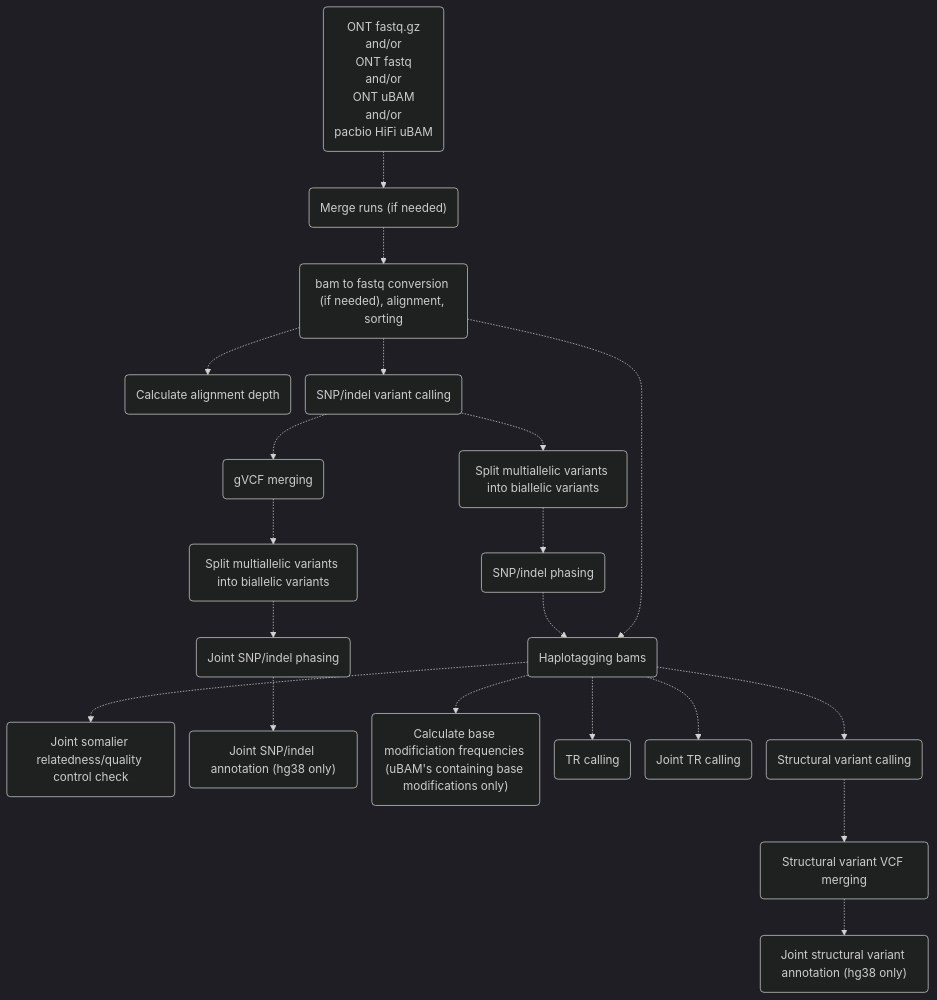
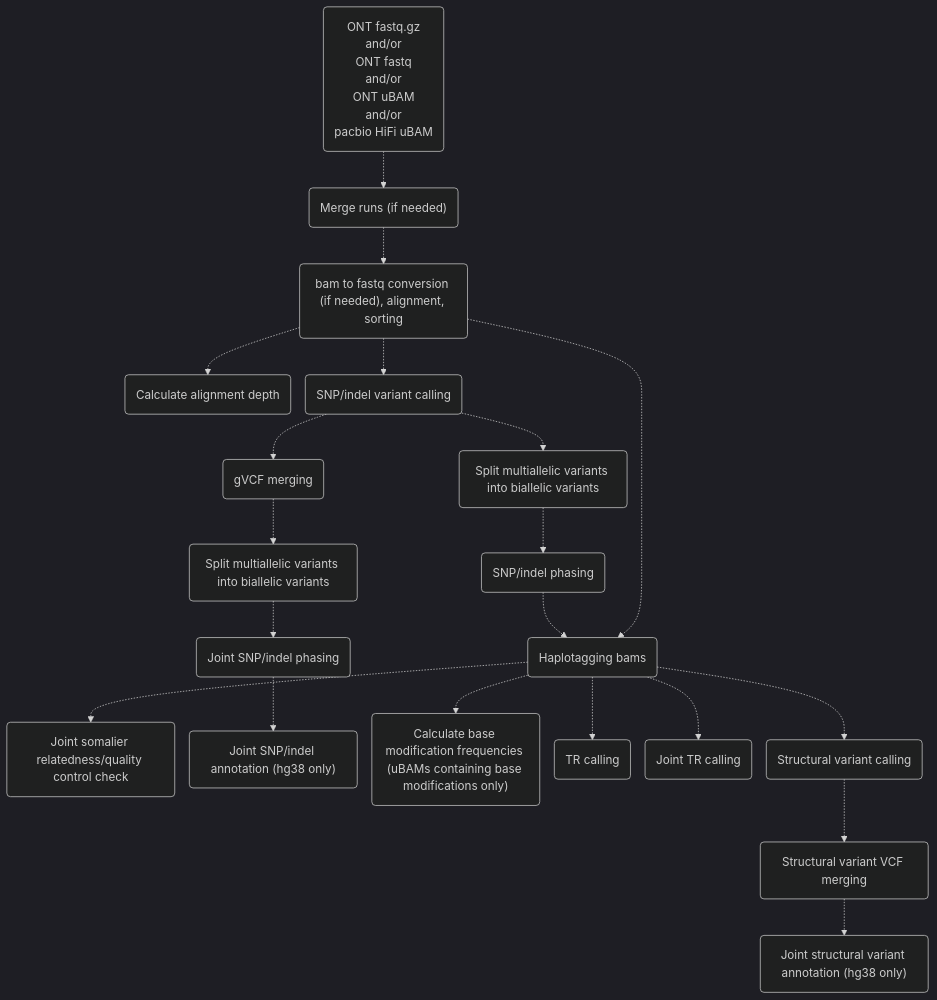
One commit to leahkemp/pipeface changed the second of 3 diagrams in docs/pipeface/info.md. Above: the diagram before and after it, drawn with Mermaid. The commit also changed other lines of this file and 16 other files, not shown here.

````diff
--- a/docs/pipeface/info.md
+++ b/docs/pipeface/info.md
@@ -37,35 +39,35 @@
 ```mermaid
 %%{init:{'theme':'dark','themeVariables':{'fontSize':'11'},'flowchart':{'nodeSpacing':20}}}%%
 flowchart TB
 
 input_data("ONT fastq.gz <br> and/or <br> ONT fastq <br> and/or <br> ONT uBAM <br> and/or <br> pacbio HiFi uBAM")
 merging("Merge runs (if needed)")
 alignment("bam to fastq conversion (if needed), alignment, sorting")
 depth("Calculate alignment depth")
 snp_indel_calling("SNP/indel variant calling")
 split_multiallele("Split multiallelic variants into biallelic variants")
 snp_indel_phasing("SNP/indel phasing")
 joint_somalier("Joint somalier relatedness/quality control check")
 gvcf_merging("gVCF merging")
 joint_split_multiallele("Split multiallelic variants into biallelic variants")
 joint_snp_indel_phasing("Joint SNP/indel phasing")
 joint_snp_indel_annotation("Joint SNP/indel annotation (hg38 only)")
 haplotagging("Haplotagging bams")
-calculate_base_mod_freqs("Calculate base modificiation frequencies (uBAM's containing base modifications only)")
+calculate_base_mod_freqs("Calculate base modification frequencies (uBAMs containing base modifications only)")
 tr_calling("TR calling")
 joint_tr_calling("Joint TR calling")
 sv_calling("Structural variant calling")
 sv_vcf_merging("Structural variant VCF merging")
 joint_sv_annotation("Joint structural variant annotation (hg38 only)")
 
 input_data-.->merging-.->alignment-.->snp_indel_calling-.->split_multiallele-.->snp_indel_phasing-.->haplotagging-.->sv_calling
 alignment-.->depth
 alignment-.->haplotagging
 haplotagging-.->calculate_base_mod_freqs
 haplotagging-.->tr_calling
 haplotagging-.->joint_tr_calling
 haplotagging-.->joint_somalier
 snp_indel_calling-.->gvcf_merging-.->joint_split_multiallele-.->joint_snp_indel_phasing-.->joint_snp_indel_annotation
 sv_calling-.->sv_vcf_merging-.->joint_sv_annotation
 
 ```
````
